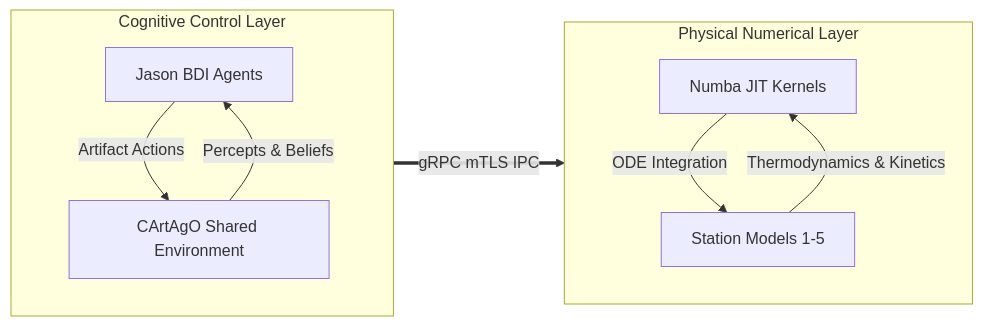
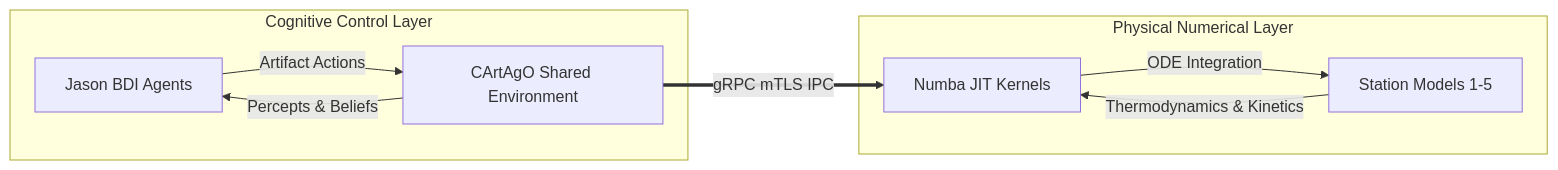
The diagram in docs/getting-started/architecture-overview.md (utczbr/Matrix_Factory), drawn with Mermaid before and after one commit. The commit also changed 6 other files, not shown here.

````diff
--- a/docs/getting-started/architecture-overview.md
+++ b/docs/getting-started/architecture-overview.md
@@ -11,14 +11,14 @@
 ```mermaid
 graph LR
     subgraph Cognitive_Layer ["Cognitive Control Layer"]
         A["Jason BDI Agents"] -->|Artifact Actions| B["CArtAgO Shared Environment"]
         B -->|Percepts & Beliefs| A
     end
 
     subgraph Physical_Layer ["Physical Numerical Layer"]
         C["Numba JIT Kernels"] -->|ODE Integration| D["Station Models 1-5"]
         D -->|Thermodynamics & Kinetics| C
     end
 
-    Cognitive_Layer ==>|gRPC mTLS IPC| Physical_Layer
+    B ==>|gRPC mTLS IPC| C
 ```
````
